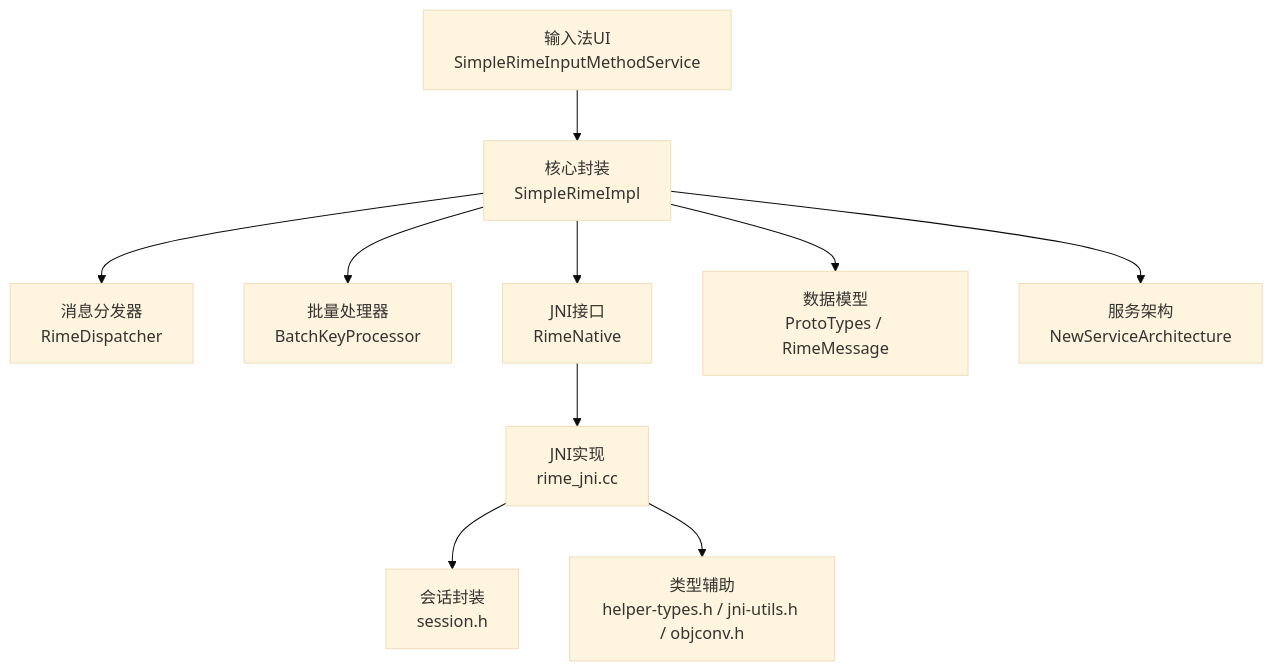
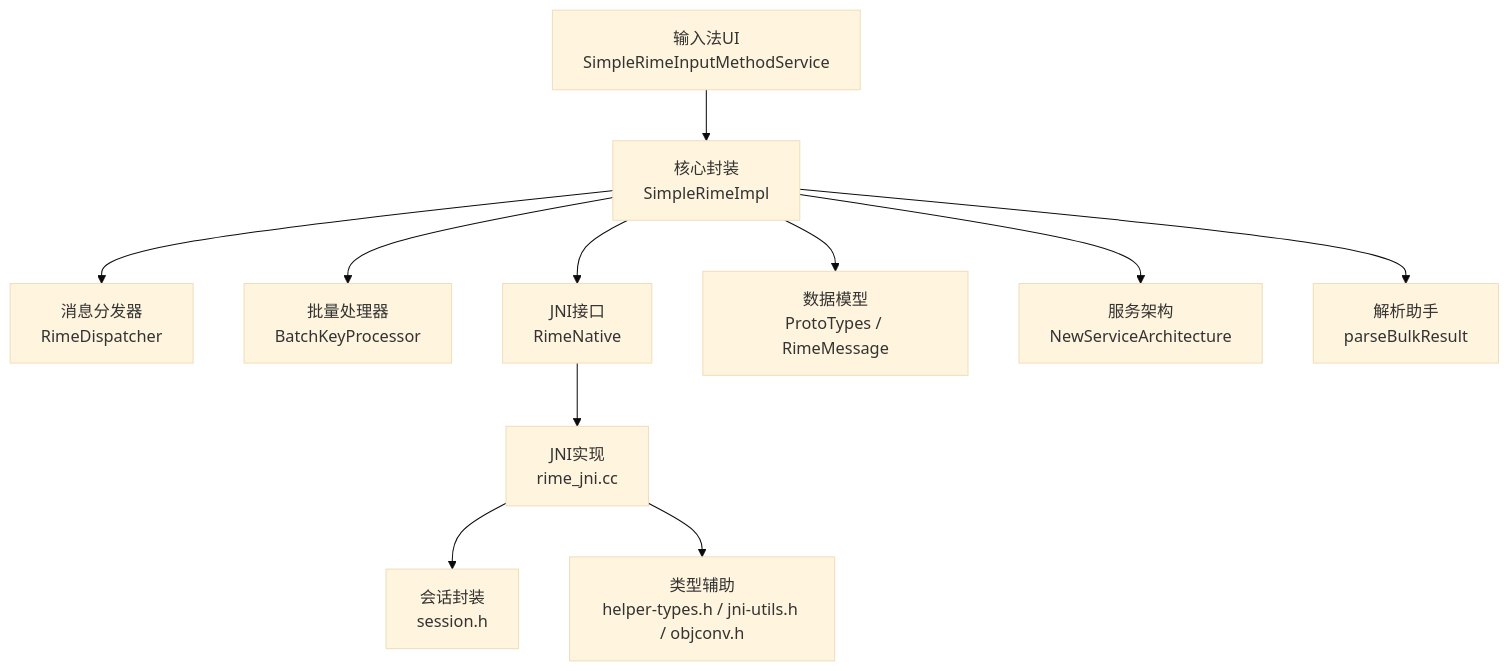
One commit to qiaodashaoye/ziyou-ime changed the first of 10 diagrams in .qoder/repowiki/zh/content/架构设计/分层架构设计/业务逻辑层/SimpleRimeImpl 核心实现.md. Above: the diagram before and after it, drawn with Mermaid (base theme). The commit also changed other lines of this file and 14 other files, not shown here.

````diff
--- a/.qoder/repowiki/zh/content/架构设计/分层架构设计/业务逻辑层/SimpleRimeImpl 核心实现.md
+++ b/.qoder/repowiki/zh/content/架构设计/分层架构设计/业务逻辑层/SimpleRimeImpl 核心实现.md
@@ -53,12 +54,13 @@
 ```mermaid
 graph TB
 UI["输入法UI<br/>SimpleRimeInputMethodService"] --> Core["核心封装<br/>SimpleRimeImpl"]
 Core --> Dispatcher["消息分发器<br/>RimeDispatcher"]
 Core --> BatchProcessor["批量处理器<br/>BatchKeyProcessor"]
 Core --> NativeAPI["JNI接口<br/>RimeNative"]
 NativeAPI --> JNI["JNI实现<br/>rime_jni.cc"]
 JNI --> Session["会话封装<br/>session.h"]
 JNI --> Helper["类型辅助<br/>helper-types.h / jni-utils.h / objconv.h"]
 Core --> Models["数据模型<br/>ProtoTypes / RimeMessage"]
 Core --> Service["服务架构<br/>NewServiceArchitecture"]
+Core --> ParseHelper["解析助手<br/>parseBulkResult"]
 ```
````
